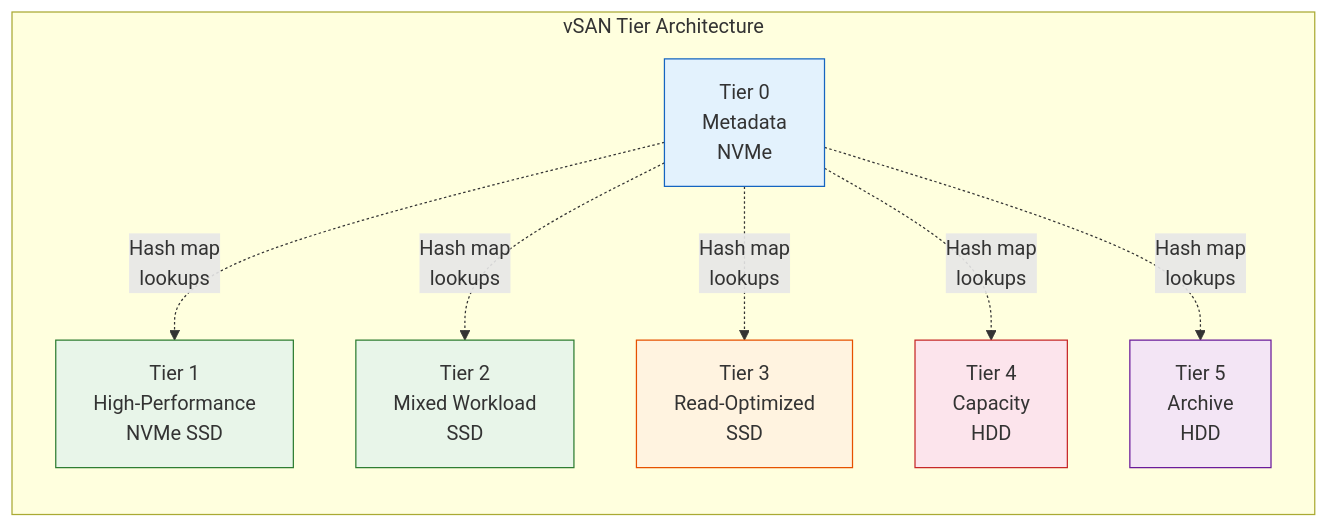
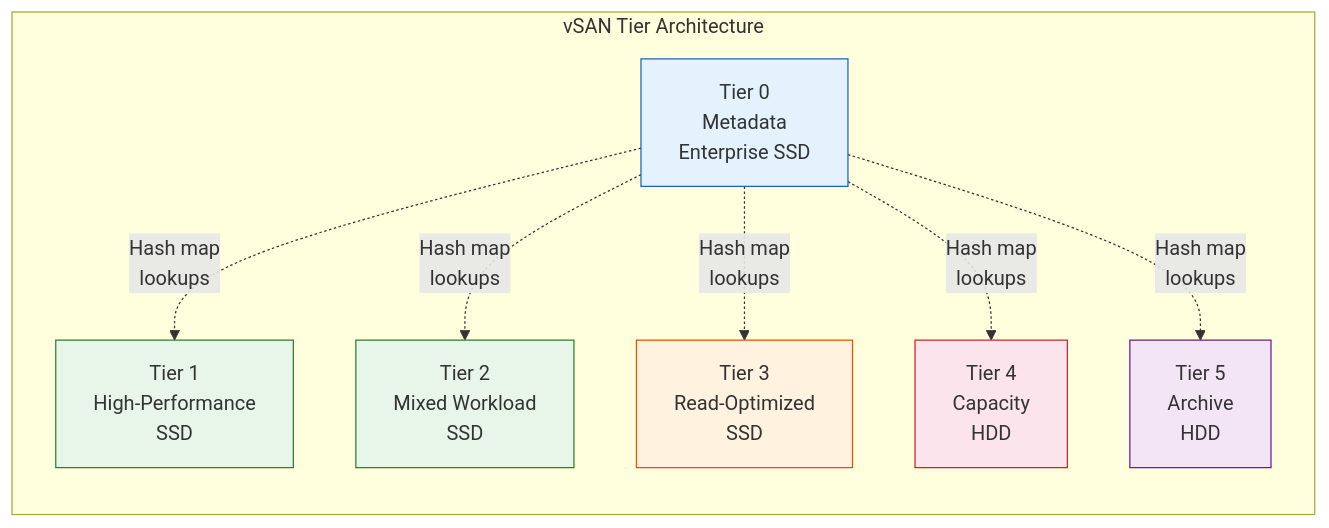
Before and after one commit to verge-io/docs-vergeos: the first of 3 diagrams in learn/01-architecture/03-vsan-vergefs.md, drawn with Mermaid. The commit also changed other lines of this file and 6 other files, not shown here.

First line of the commit message:
Clarify that Tier 1-5 drive types are guidelines; Tier 1 is not NVMe-only

````diff
--- a/learn/01-architecture/03-vsan-vergefs.md
+++ b/learn/01-architecture/03-vsan-vergefs.md
@@ -56,24 +56,24 @@
 ```mermaid
 graph LR
     subgraph "vSAN Tier Architecture"
-        T0["Tier 0<br/>Metadata<br/>NVMe"]
-        T1["Tier 1<br/>High-Performance<br/>NVMe SSD"]
+        T0["Tier 0<br/>Metadata<br/>Enterprise SSD"]
+        T1["Tier 1<br/>High-Performance<br/>SSD"]
         T2["Tier 2<br/>Mixed Workload<br/>SSD"]
         T3["Tier 3<br/>Read-Optimized<br/>SSD"]
         T4["Tier 4<br/>Capacity<br/>HDD"]
         T5["Tier 5<br/>Archive<br/>HDD"]
     end
 
     T0 -.->|"Hash map<br/>lookups"| T1
     T0 -.->|"Hash map<br/>lookups"| T2
     T0 -.->|"Hash map<br/>lookups"| T3
     T0 -.->|"Hash map<br/>lookups"| T4
     T0 -.->|"Hash map<br/>lookups"| T5
 
     style T0 fill:#e3f2fd,stroke:#1565c0
     style T1 fill:#e8f5e9,stroke:#2e7d32
     style T2 fill:#e8f5e9,stroke:#2e7d32
     style T3 fill:#fff3e0,stroke:#e65100
     style T4 fill:#fce4ec,stroke:#c62828
     style T5 fill:#f3e5f5,stroke:#6a1b9a
 ```
````
